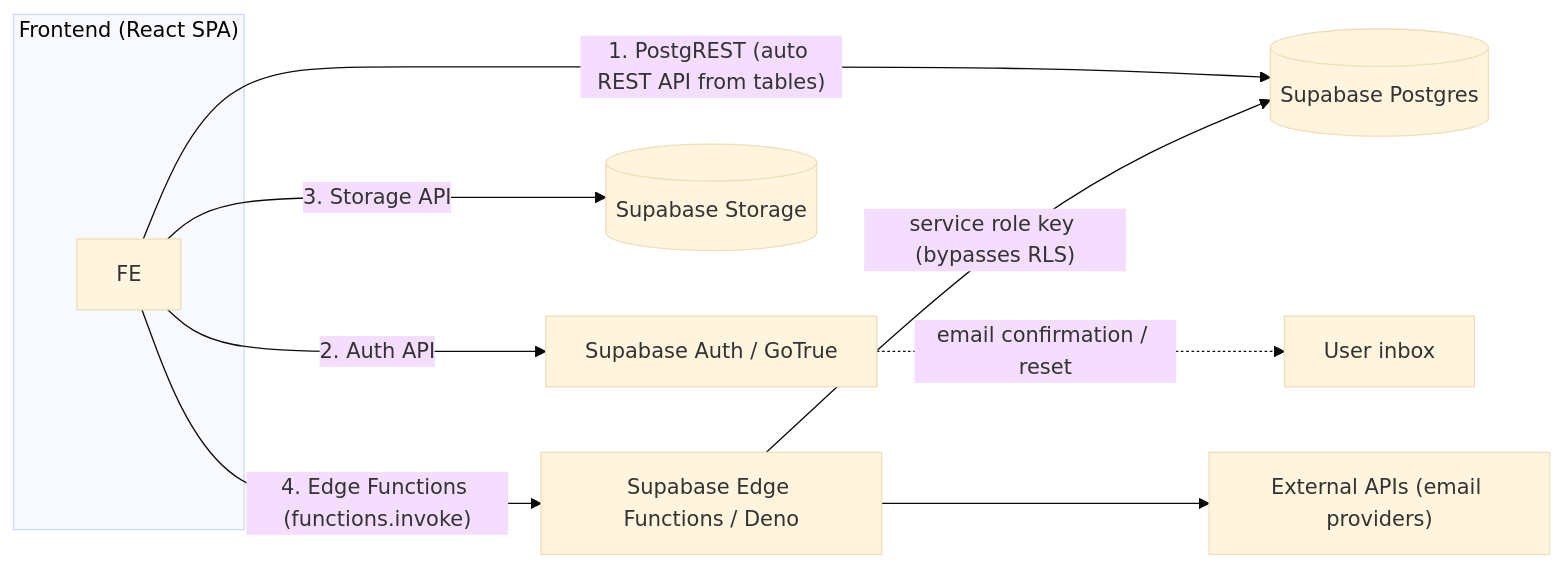
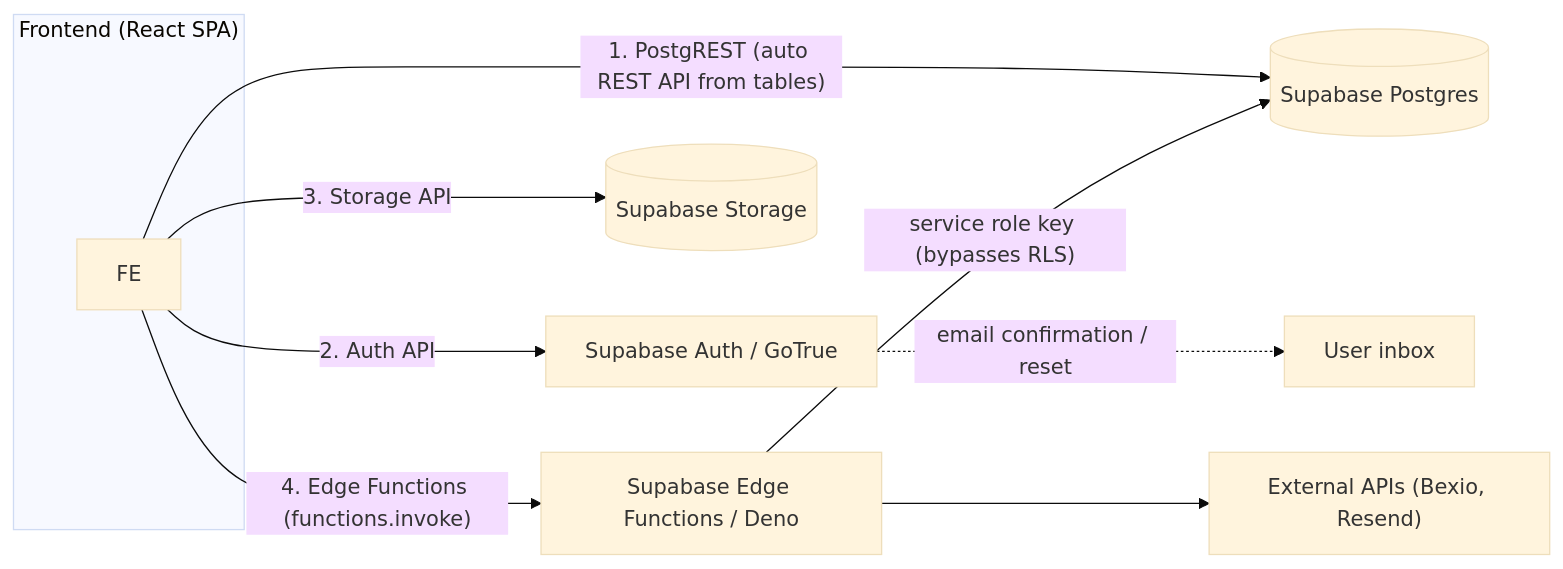
The diagram in specs/project-context/api-contracts.md (AGCPadelAcademy/web_application), drawn with Mermaid (base theme) before and after one commit. The commit also changed other lines of this file and 5 other files, not shown here.

````diff
--- a/specs/project-context/api-contracts.md
+++ b/specs/project-context/api-contracts.md
@@ -16,13 +17,13 @@
 ```mermaid
 graph LR
     subgraph Browser["Frontend (React SPA)"]
         FE
     end
     FE -- "1. PostgREST (auto REST API from tables)" --> DB[(Supabase Postgres)]
     FE -- "2. Auth API" --> AUTH[Supabase Auth / GoTrue]
     FE -- "3. Storage API" --> STOR[(Supabase Storage)]
     FE -- "4. Edge Functions (functions.invoke)" --> EF[Supabase Edge Functions / Deno]
     EF -- "service role key (bypasses RLS)" --> DB
-    EF --> EXT["External APIs (email providers)"]
+    EF --> EXT["External APIs (Bexio, Resend)"]
     AUTH -. "email confirmation / reset" .-> USER["User inbox"]
 ```
````
